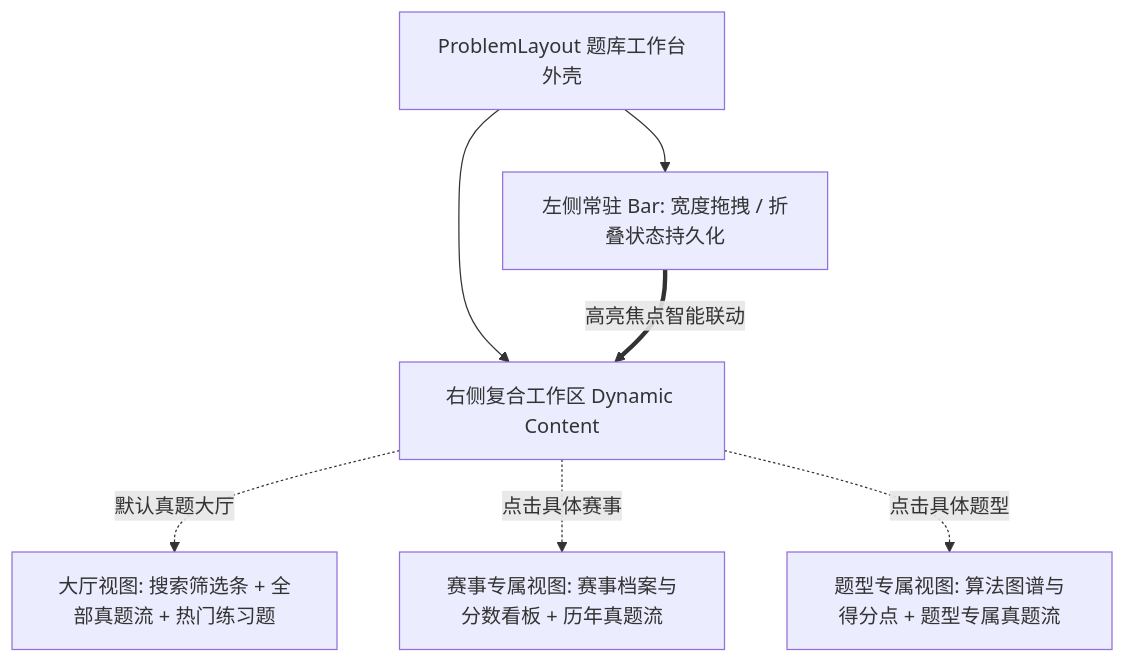
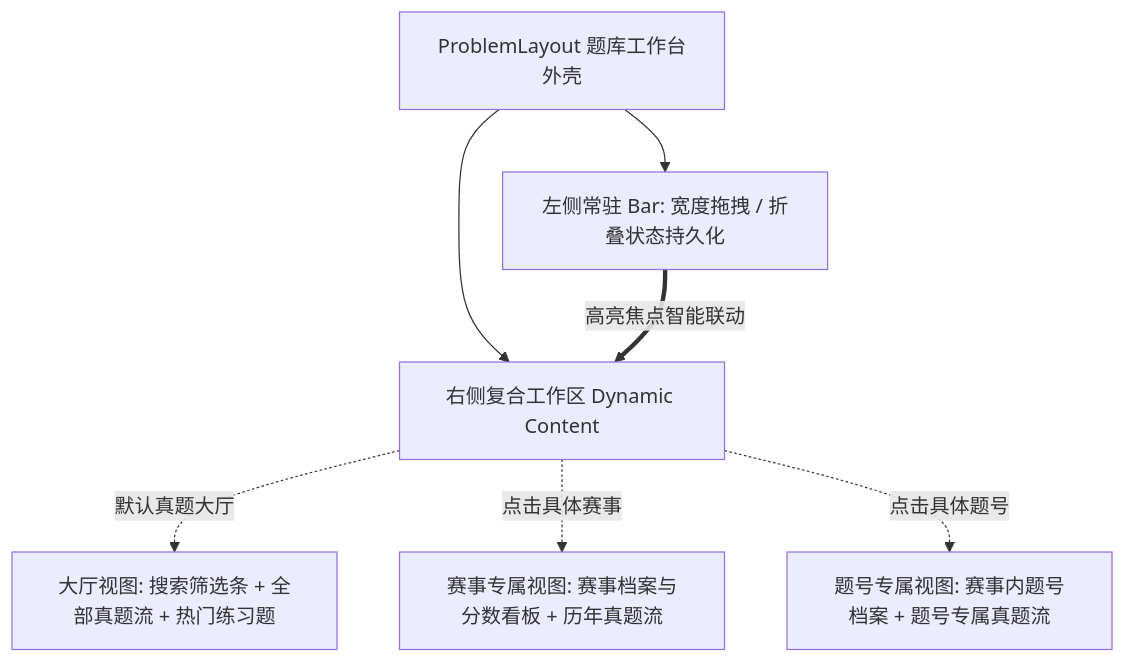
One commit to Dorian7Alden/LeetModel changed the third of 3 diagrams in docs/project/04-前端设计/05-题库重构设计.md. Above: the diagram before and after it, drawn with Mermaid. The commit also changed other lines of this file and 1 other file, not shown here.

````diff
--- a/docs/project/04-前端设计/05-题库重构设计.md
+++ b/docs/project/04-前端设计/05-题库重构设计.md
@@ -206,12 +208,12 @@
 ```mermaid
 graph TD
     PW[ProblemLayout 题库工作台外壳]
     PW --> S_FIX[左侧常驻 Bar: 宽度拖拽 / 折叠状态持久化]
     PW --> WORKSPACE[右侧复合工作区 Dynamic Content]
 
     WORKSPACE -.->|默认真题大厅| V_ALL[大厅视图: 搜索筛选条 + 全部真题流 + 热门练习题]
     WORKSPACE -.->|点击具体赛事| V_CONTEST[赛事专属视图: 赛事档案与分数看板 + 历年真题流]
-    WORKSPACE -.->|点击具体题型| V_TYPE[题型专属视图: 算法图谱与得分点 + 题型专属真题流]
+    WORKSPACE -.->|点击具体题号| V_NUMBER[题号专属视图: 赛事内题号档案 + 题号专属真题流]
 
     S_FIX ==>|高亮焦点智能联动| WORKSPACE
 ```
````
